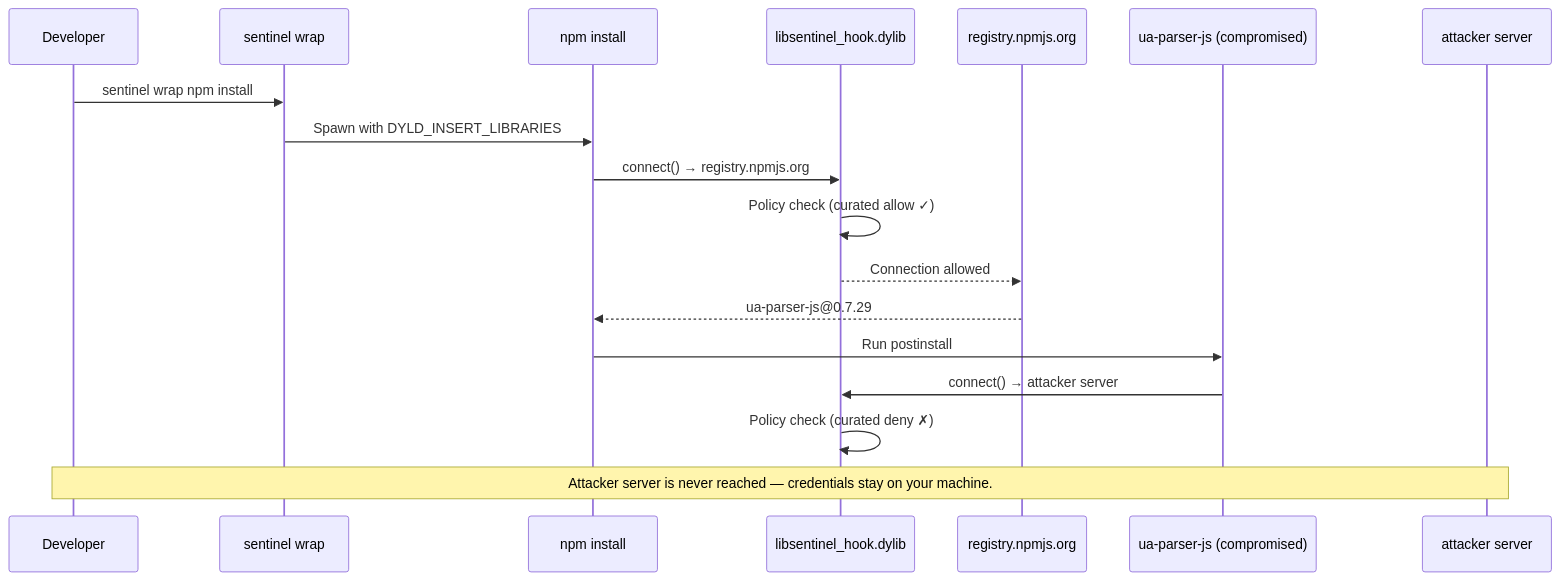
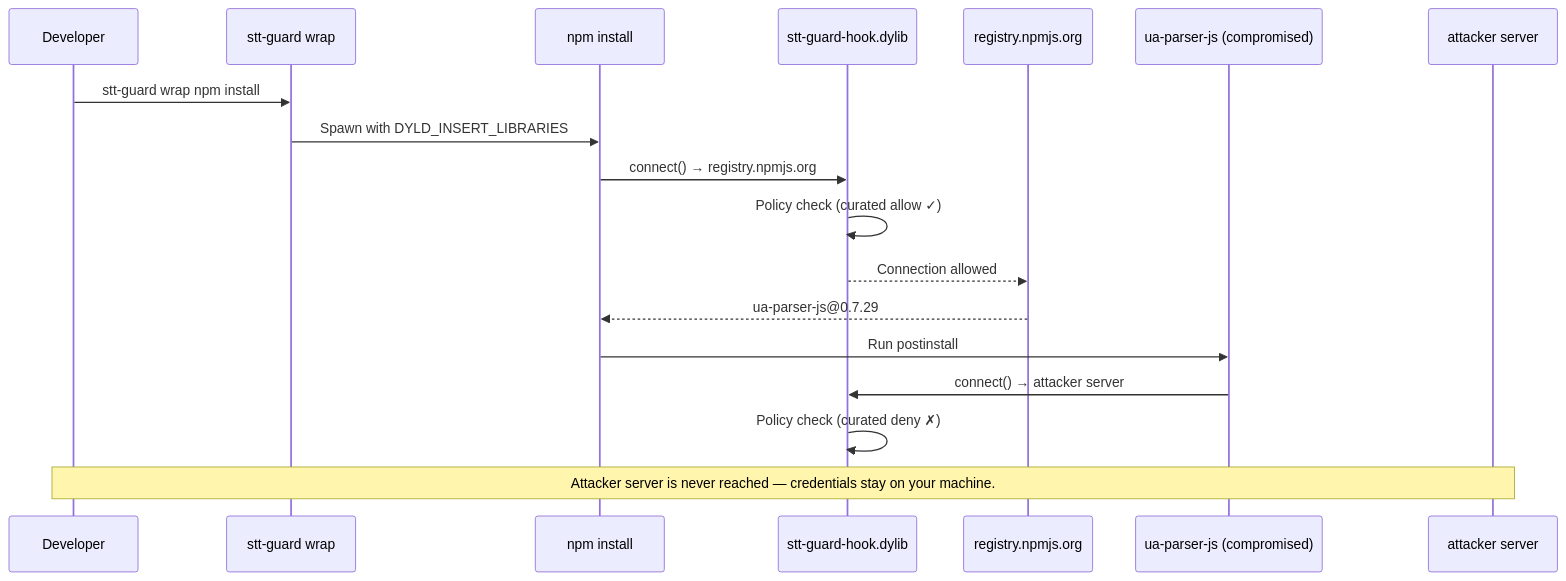
One commit to stentorian-io/guard changed the second of 2 diagrams in README.md. Above: the diagram before and after it, drawn with Mermaid. The commit also changed other lines of this file and 518 other files, not shown here.

````diff
--- a/README.md
+++ b/README.md
@@ -88,23 +89,23 @@
 ```mermaid
 sequenceDiagram
     participant Dev as Developer
-    participant SW as sentinel wrap
+    participant SW as stt-guard wrap
     participant PM as npm install
-    participant Hook as libsentinel_hook.dylib
+    participant Hook as stt-guard-hook.dylib
     participant Reg as registry.npmjs.org
     participant Pkg as ua-parser-js (compromised)
     participant C2 as attacker server
 
-    Dev->>SW: sentinel wrap npm install
+    Dev->>SW: stt-guard wrap npm install
     SW->>PM: Spawn with DYLD_INSERT_LIBRARIES
 
     PM->>Hook: connect() → registry.npmjs.org
     Hook->>Hook: Policy check (curated allow ✓)
     Hook-->>Reg: Connection allowed
     Reg-->>PM: ua-parser-js@0.7.29
 
     PM->>Pkg: Run postinstall
     Pkg->>Hook: connect() → attacker server
     Hook->>Hook: Policy check (curated deny ✗)
     Note over Dev,C2: Attacker server is never reached — credentials stay on your machine.
 ```
````
